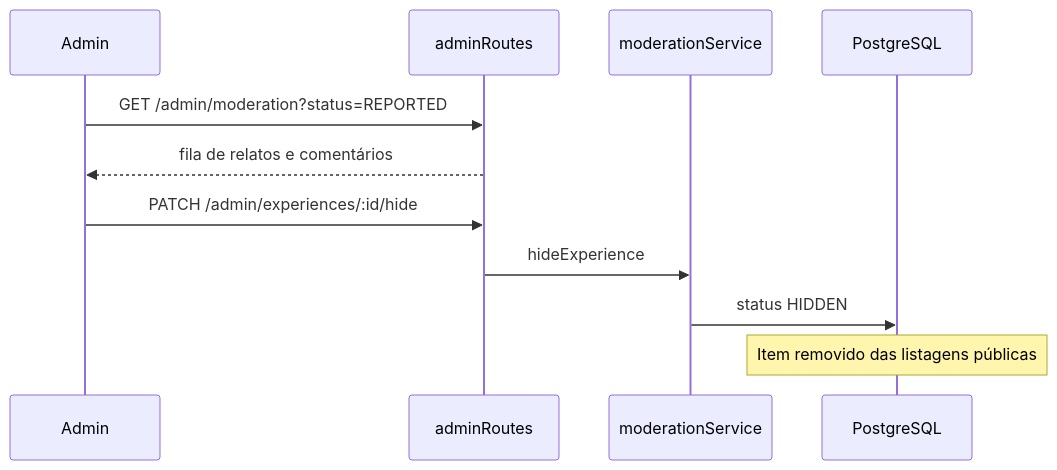
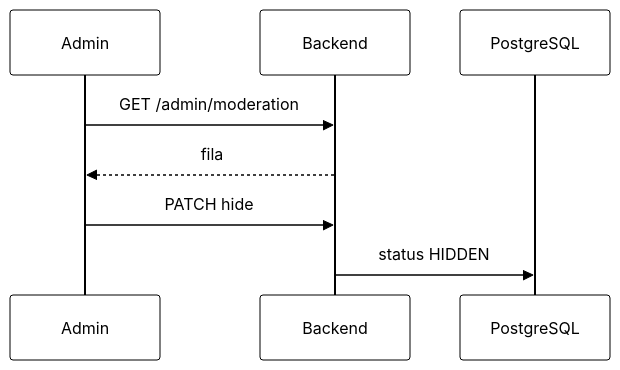
Before and after one commit to Marianamrts/Copia_2026.01-T02_G5_EuAmoPiri_Entrega_04: the fourth of 4 diagrams in docs/requisitos/RF-denuncia-backend/4.7.DenunciaModeracao.md, drawn with Mermaid. The commit also changed other lines of this file and 30 other files, not shown here.

````diff
--- a/docs/requisitos/RF-denuncia-backend/4.7.DenunciaModeracao.md
+++ b/docs/requisitos/RF-denuncia-backend/4.7.DenunciaModeracao.md
@@ -209,15 +143,11 @@
 ```mermaid
+%%{init: {'theme':'base','themeVariables':{'primaryColor':'#fff','primaryTextColor':'#000','primaryBorderColor':'#000','lineColor':'#000','secondaryColor':'#eee','tertiaryColor':'#fff','clusterBkg':'#fff','clusterBorder':'#000','actorBkg':'#fff','actorBorder':'#000','actorTextColor':'#000'}}}%%
 sequenceDiagram
     participant A as Admin
-    participant AR as adminRoutes
-    participant MS as moderationService
+    participant API as Backend
     participant DB as PostgreSQL
-
-    A->>AR: GET /admin/moderation?status=REPORTED
-    AR-->>A: fila de relatos e comentários
-
-    A->>AR: PATCH /admin/experiences/:id/hide
-    AR->>MS: hideExperience
-    MS->>DB: status HIDDEN
-    Note over DB: Item removido das listagens públicas
+    A->>API: GET /admin/moderation
+    API-->>A: fila
+    A->>API: PATCH hide
+    API->>DB: status HIDDEN
 ```
````
